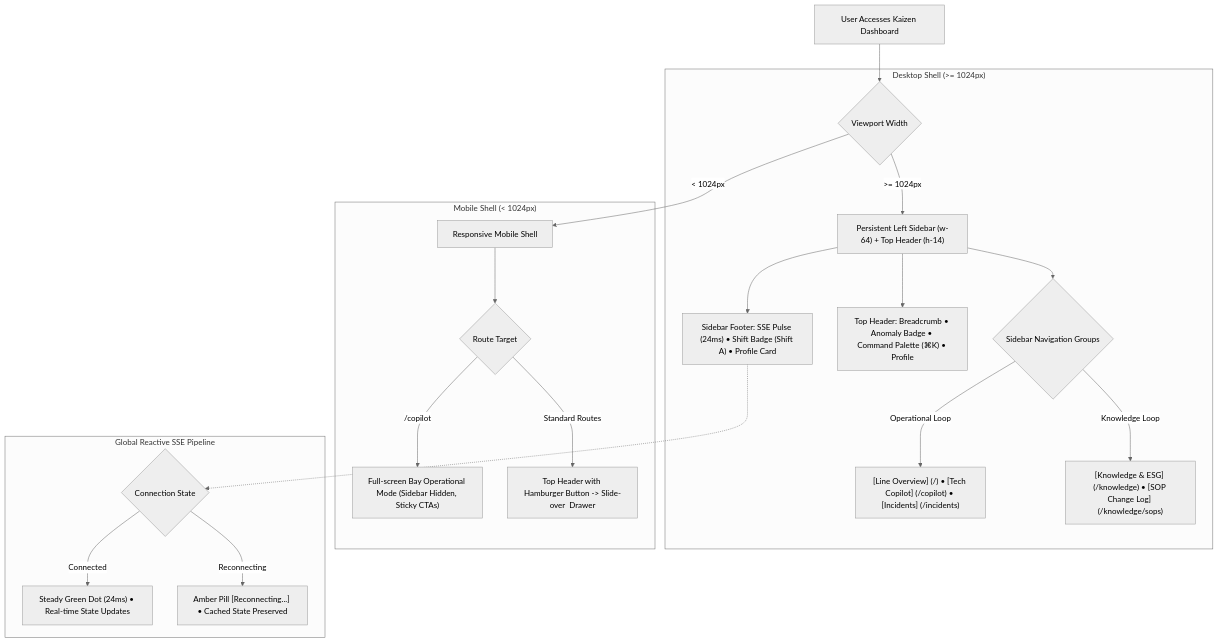
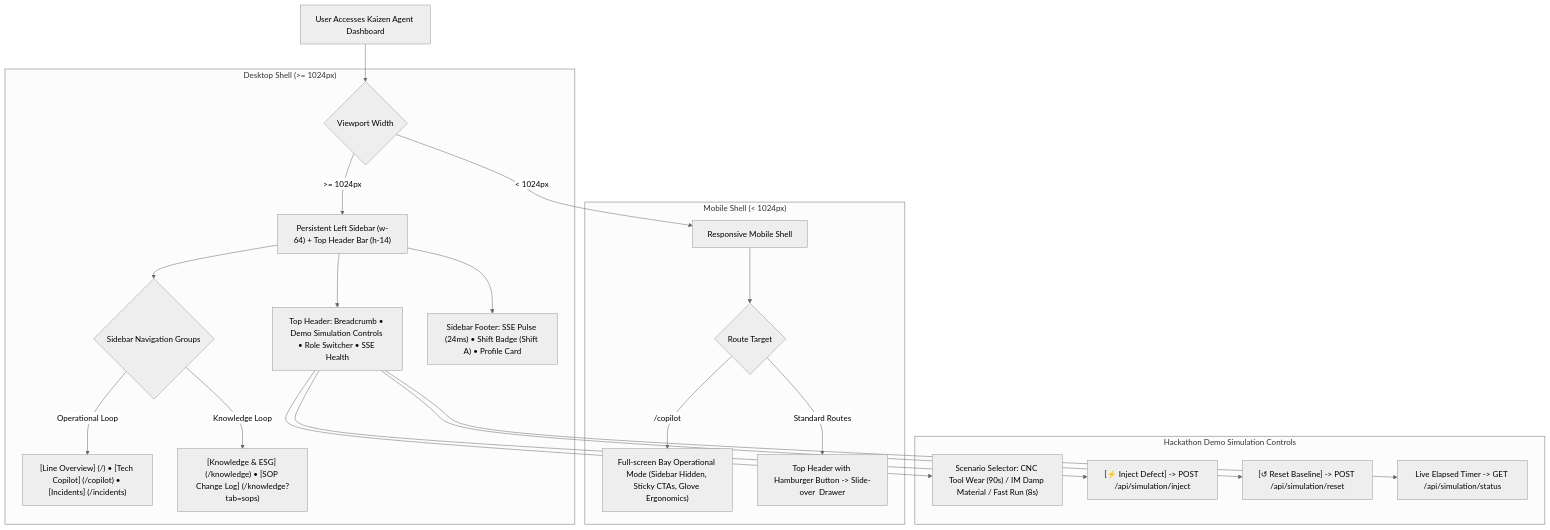
One commit to vanduc2514/hackathon-builder-cup-manufacturing-anomaly changed the diagram in docs/wireframes/00_base_layout.md. Above: the diagram before and after it, drawn with Mermaid (neutral theme). The commit also changed other lines of this file and 9 other files, not shown here.

````diff
--- a/docs/wireframes/00_base_layout.md
+++ b/docs/wireframes/00_base_layout.md
@@ -16,26 +17,27 @@
 ```mermaid
 flowchart TD
-    A["User Accesses Kaizen Dashboard"] --> B{"Viewport Width"}
+    A["User Accesses Kaizen Agent Dashboard"] --> B{"Viewport Width"}
     
     subgraph Desktop ["Desktop Shell (>= 1024px)"]
-        B -->|">= 1024px"| C["Persistent Left Sidebar (w-64) + Top Header (h-14)"]
+        B -->|">= 1024px"| C["Persistent Left Sidebar (w-64) + Top Header Bar (h-14)"]
         C --> D{"Sidebar Navigation Groups"}
         D -->|"Operational Loop"| D1["[Line Overview] (/) • [Tech Copilot] (/copilot) • [Incidents] (/incidents)"]
-        D -->|"Knowledge Loop"| D2["[Knowledge & ESG] (/knowledge) • [SOP Change Log] (/knowledge/sops)"]
-        C --> E["Top Header: Breadcrumb • Anomaly Badge • Command Palette (⌘K) • Profile"]
+        D -->|"Knowledge Loop"| D2["[Knowledge & ESG] (/knowledge) • [SOP Change Log] (/knowledge?tab=sops)"]
+        C --> E["Top Header: Breadcrumb • Demo Simulation Controls • Role Switcher • SSE Health"]
         C --> F["Sidebar Footer: SSE Pulse (24ms) • Shift Badge (Shift A) • Profile Card"]
     end
     
     subgraph Mobile ["Mobile Shell (< 1024px)"]
         B -->|"< 1024px"| G["Responsive Mobile Shell"]
         G --> H{"Route Target"}
-        H -->|"/copilot"| I["Full-screen Bay Operational Mode (Sidebar Hidden, Sticky CTAs)"]
+        H -->|"/copilot"| I["Full-screen Bay Operational Mode (Sidebar Hidden, Sticky CTAs, Glove Ergonomics)"]
         H -->|"Standard Routes"| J["Top Header with Hamburger Button -> Slide-over <Sheet> Drawer"]
     end
     
-    subgraph SSE ["Global Reactive SSE Pipeline"]
-        F -.-> K{"Connection State"}
-        K -->|"Connected"| L["Steady Green Dot (24ms) • Real-time State Updates"]
-        K -->|"Reconnecting"| M["Amber Pill [Reconnecting...] • Cached State Preserved"]
+    subgraph DemoBar ["Hackathon Demo Simulation Controls"]
+        E --> K["Scenario Selector: CNC Tool Wear (90s) / IM Damp Material / Fast Run (8s)"]
+        E --> L["[⚡ Inject Defect] -> POST /api/simulation/inject"]
+        E --> M["[↺ Reset Baseline] -> POST /api/simulation/reset"]
+        E --> N["Live Elapsed Timer -> GET /api/simulation/status"]
     end
 ```
````
